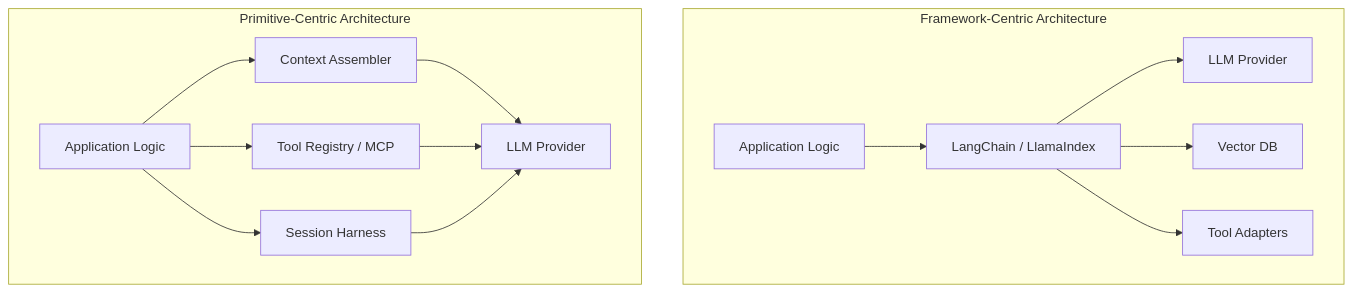
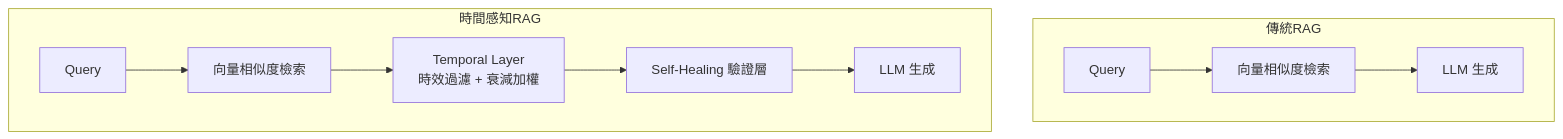
One commit to livia-hsieh/ai-intel-harness changed diagram 20 of 23 in digests/2026-W19.md. Above: the diagram before and after it, drawn with Mermaid. The commit also changed other lines of this file and 1 other file, not shown here.

````diff
--- a/digests/2026-W19.md
+++ b/digests/2026-W19.md
@@ -842,17 +847,13 @@
 ```mermaid
 flowchart TD
-    subgraph FrameworkCentric["Framework-Centric Architecture"]
-        A[Application Logic] --> B[LangChain / LlamaIndex]
-        B --> C[LLM Provider]
-        B --> D[Vector DB]
-        B --> E[Tool Adapters]
+    subgraph 傳統RAG
+        Q1[Query] --> R1[向量相似度檢索]
+        R1 --> L1[LLM 生成]
     end
-    subgraph PrimitiveCentric["Primitive-Centric Architecture"]
-        F[Application Logic] --> G[Context Assembler]
-        F --> H[Tool Registry / MCP]
-        F --> I[Session Harness]
-        G --> J[LLM Provider]
-        H --> J
-        I --> J
+    subgraph 時間感知RAG
+        Q2[Query] --> R2[向量相似度檢索]
+        R2 --> T[Temporal Layer<br/>時效過濾 + 衰減加權]
+        T --> V[Self-Healing 驗證層]
+        V --> L2[LLM 生成]
     end
 ```
````
